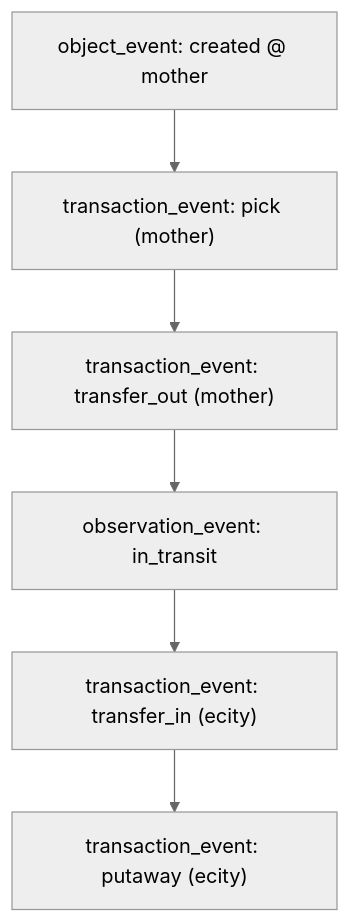
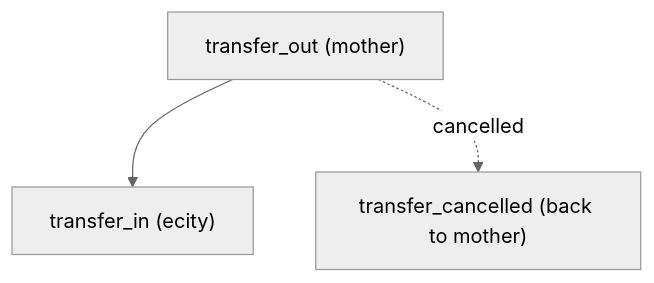
Before and after one commit to devnegikec/horizon-sync-erp-be: the third of 3 diagrams in WMS_INTERNAL_STOCK_TRANSFER_DESIGN.md, drawn with Mermaid (neutral theme). The commit also changed other lines of this file and 21 other files, not shown here.

````diff
--- a/WMS_INTERNAL_STOCK_TRANSFER_DESIGN.md
+++ b/WMS_INTERNAL_STOCK_TRANSFER_DESIGN.md
@@ -175,8 +190,5 @@
 ```mermaid
 flowchart TD
-    A["object_event: created @ mother"] --> B["transaction_event: pick (mother)"]
-    B --> C["transaction_event: transfer_out (mother)"]
-    C --> D["observation_event: in_transit"]
-    D --> E["transaction_event: transfer_in (ecity)"]
-    E --> F["transaction_event: putaway (ecity)"]
+    A["transfer_out (mother)"] --> B["transfer_in (ecity)"]
+    A -. cancelled .-> C["transfer_cancelled (back to mother)"]
 ```
````
